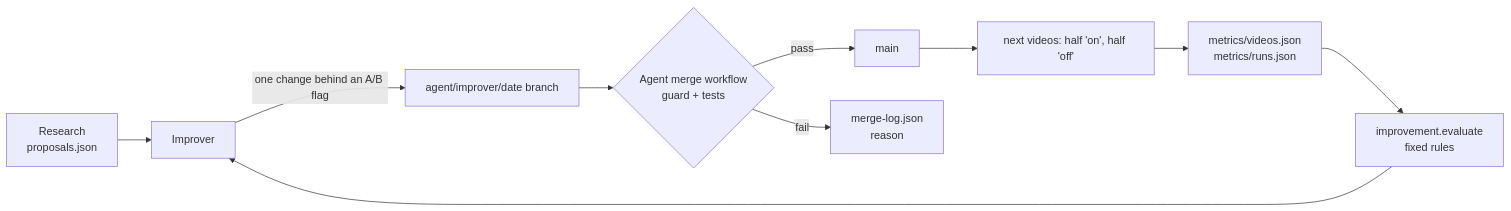
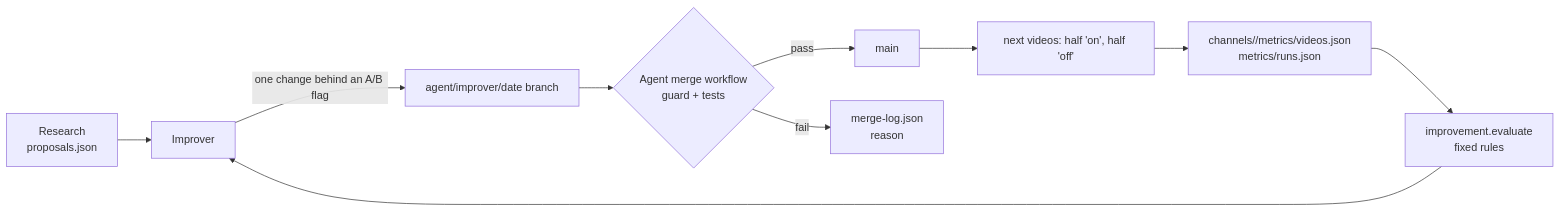
Before and after one commit to n2chawra/finance-shorts-bot: the diagram in docs/guide/11-self-improving-agents.md, drawn with Mermaid. The commit also changed other lines of this file and 1140 other files, not shown here.

First line of the commit message:
Multi-channel step 1: move Paisa Panchayat's files to channels/paisa-panchayat/

````diff
--- a/docs/guide/11-self-improving-agents.md
+++ b/docs/guide/11-self-improving-agents.md
@@ -27,11 +27,11 @@
 ```mermaid
 flowchart LR
     R[Research<br/>proposals.json] --> I[Improver]
-    M[metrics/videos.json<br/>metrics/runs.json] --> E[improvement.evaluate<br/>fixed rules] --> I
+    M[channels/<channel>/metrics/videos.json<br/>metrics/runs.json] --> E[improvement.evaluate<br/>fixed rules] --> I
     I -- "one change behind an A/B flag" --> B[agent/improver/date branch]
     B --> G{Agent merge workflow<br/>guard + tests}
     G -- pass --> MAIN[main]
     G -- fail --> L[merge-log.json<br/>reason]
     MAIN --> V[next videos: half 'on', half 'off']
     V --> M
 ```
````
